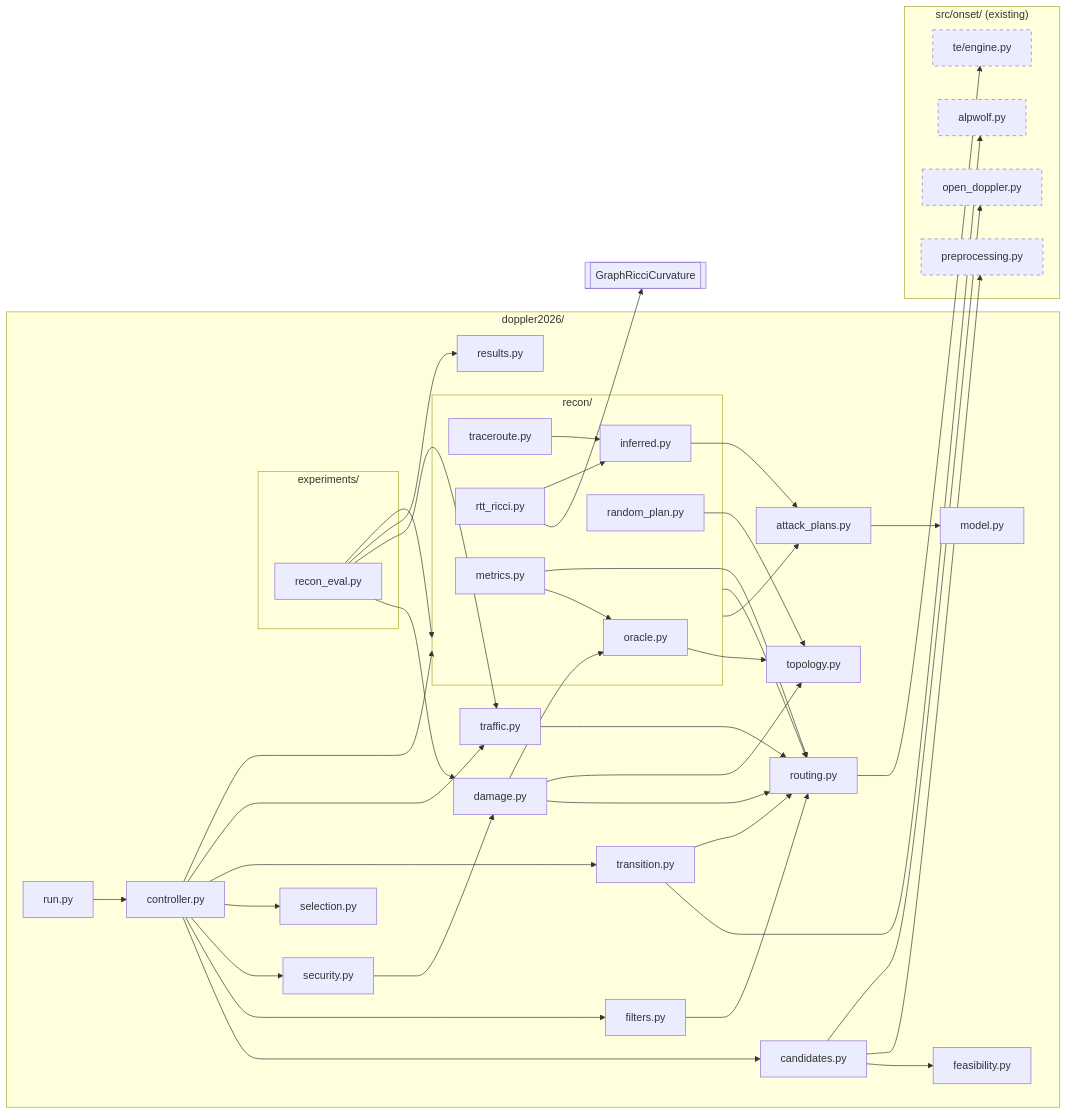
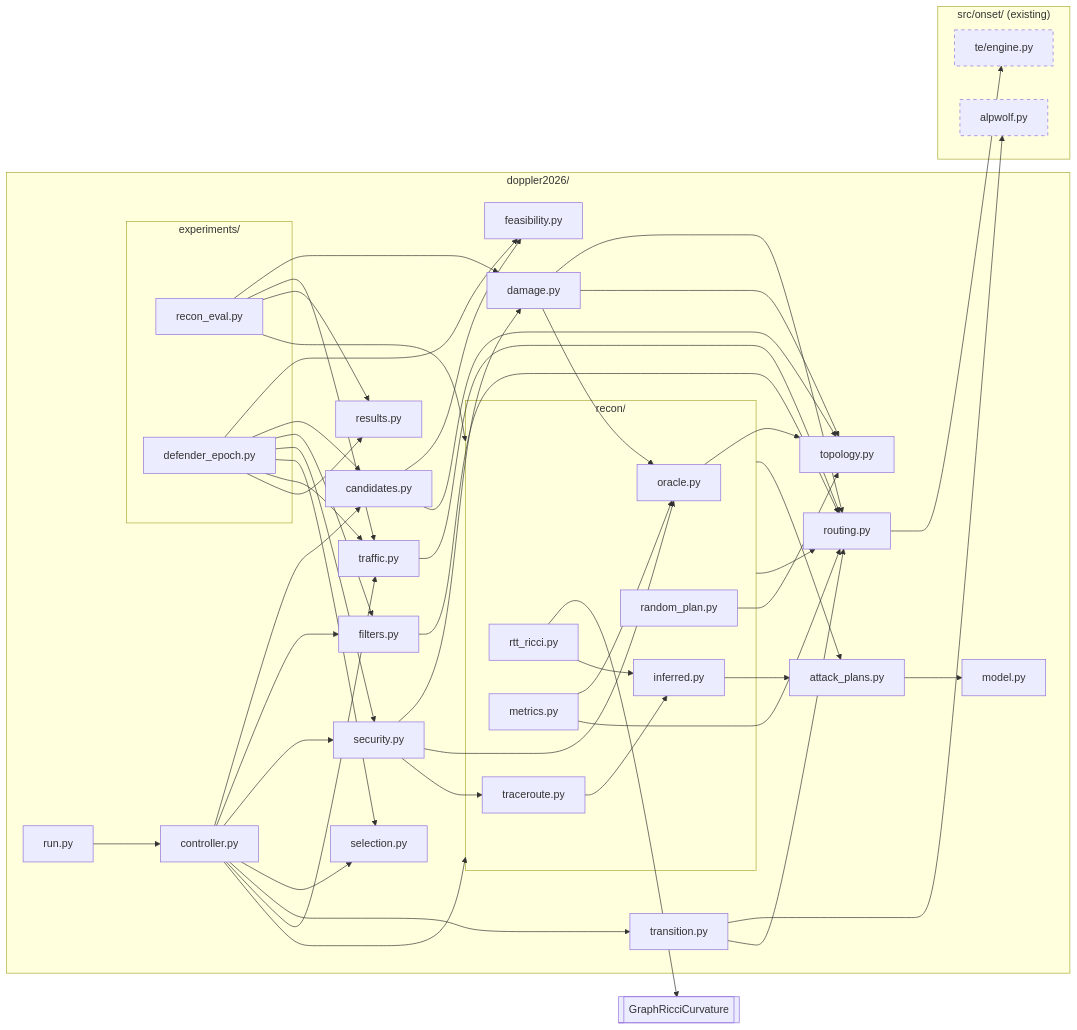
One commit to valkyorl/doppler-expansion-and-testing changed the diagram in doppler2026/docs/diagrams/modules.md. Above: the diagram before and after it, drawn with Mermaid. The commit also changed 16 other files, not shown here.

````diff
--- a/doppler2026/docs/diagrams/modules.md
+++ b/doppler2026/docs/diagrams/modules.md
@@ -7,62 +7,62 @@
 ```mermaid
 flowchart LR
     subgraph d26["doppler2026/"]
         run["run.py"]
         controller["controller.py"]
         transition["transition.py"]
         selection["selection.py"]
         security["security.py"]
         filters["filters.py"]
         candidates["candidates.py"]
         feasibility["feasibility.py"]
         damage["damage.py"]
         plans["attack_plans.py"]
         routing["routing.py"]
         traffic["traffic.py"]
         topo["topology.py"]
         model["model.py"]
         subgraph recon["recon/"]
             oracle["oracle.py"]
             rnd["random_plan.py"]
             tr["traceroute.py"]
             rtt["rtt_ricci.py"]
             metrics["metrics.py"]
             inferred["inferred.py"]
         end
         subgraph exps["experiments/"]
             recon_eval["recon_eval.py"]
+            defender_epoch["defender_epoch.py"]
         end
         results["results.py"]
     end
 
     subgraph shared["src/onset/ (existing)"]
-        pre["preprocessing.py"]
-        od["open_doppler.py"]
         te["te/engine.py"]
         wolf["alpwolf.py"]
     end
 
     grc[["GraphRicciCurvature"]]
 
     run --> controller
     controller --> candidates & filters & security & selection & transition & traffic
     controller --> recon
-    candidates --> feasibility & pre & od
+    candidates --> feasibility & topo
     filters --> routing
-    security --> damage
+    security --> damage & oracle & tr
     damage --> routing & oracle
     transition --> wolf & routing
     recon --> plans & routing
     rtt --> grc
     tr & rtt --> inferred
     inferred --> plans
     metrics --> oracle & routing
     recon_eval --> recon & damage & traffic & results
+    defender_epoch --> feasibility & candidates & filters & security & selection & traffic & results
     routing --> te
     traffic --> routing
     oracle & rnd & damage --> topo
     plans --> model
 
     classDef existing stroke-dasharray: 5 5
-    class pre,od,te,wolf existing
+    class te,wolf existing
 ```
````
